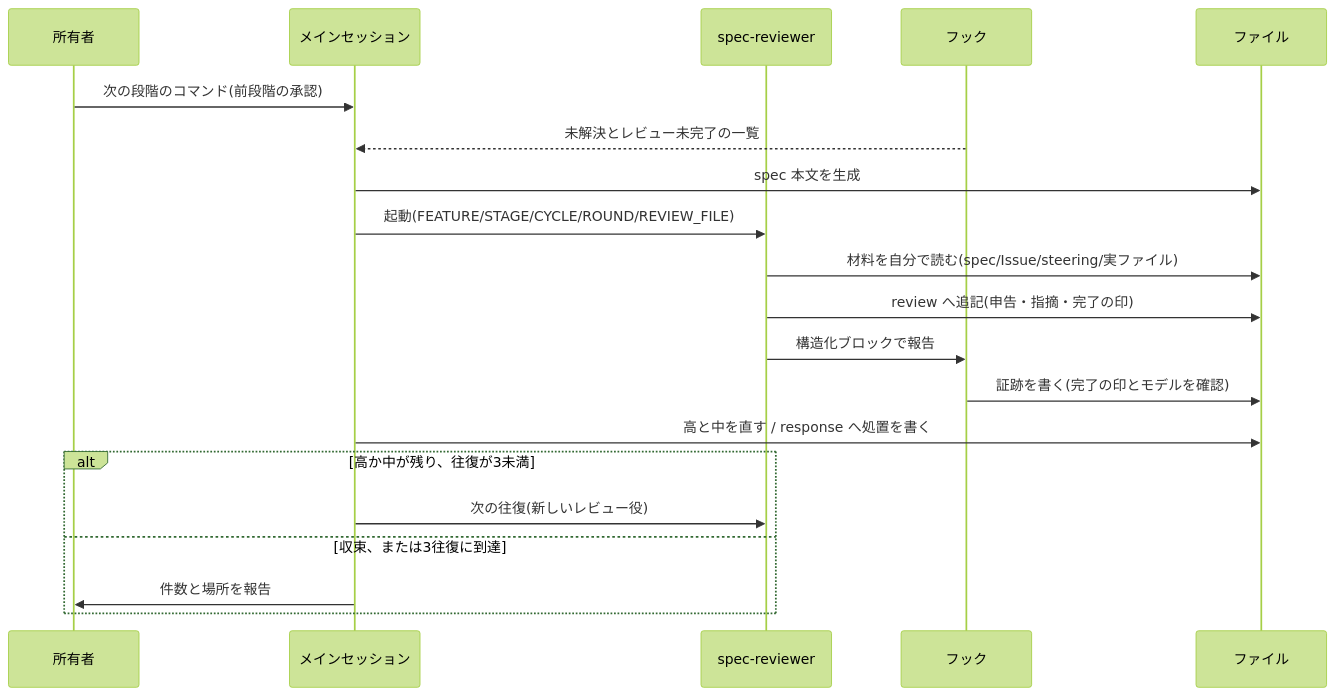
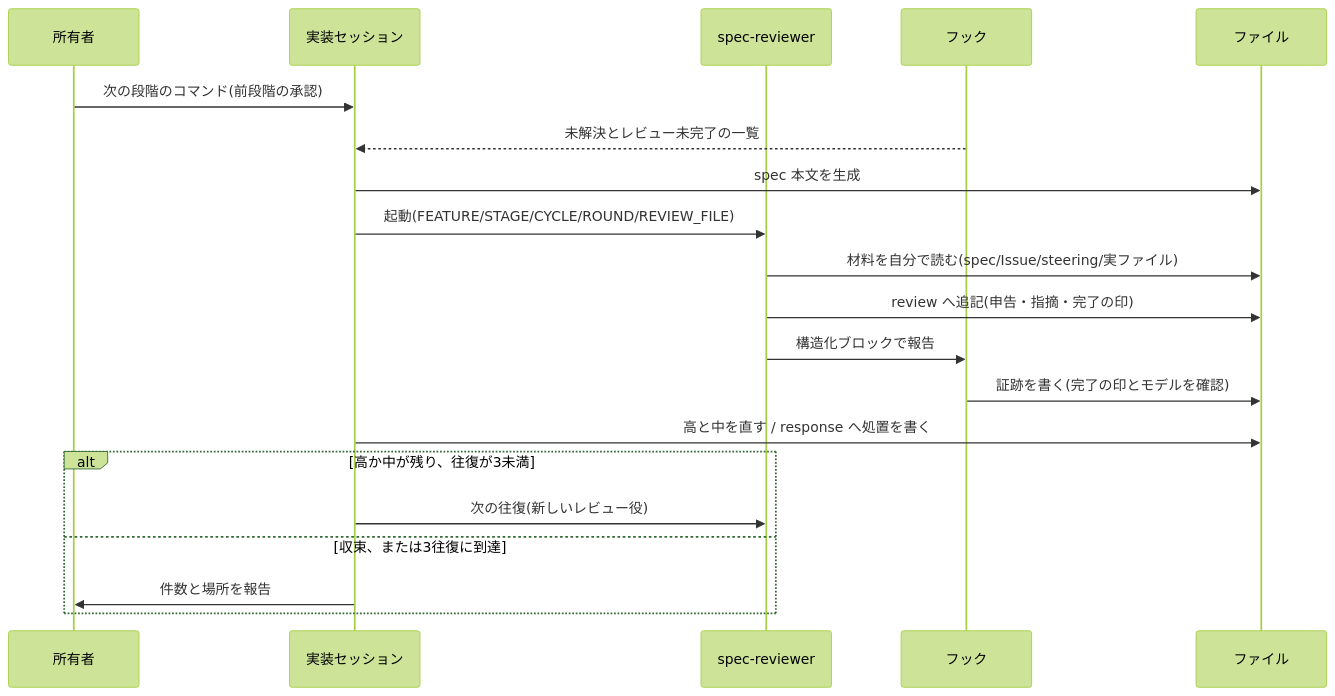
The second of 5 diagrams in .kiro/specs/spec-review/design.md (DogisRiki/KeirekiPro), drawn with Mermaid (forest theme) before and after one commit. The commit also changed other lines of this file and 13 other files, not shown here.

````diff
--- a/.kiro/specs/spec-review/design.md
+++ b/.kiro/specs/spec-review/design.md
@@ -193,23 +228,23 @@
 ```mermaid
 sequenceDiagram
     participant O as 所有者
-    participant M as メインセッション
+    participant M as 実装セッション
     participant R as spec-reviewer
     participant H as フック
     participant F as ファイル
 
     O->>M: 次の段階のコマンド(前段階の承認)
     H-->>M: 未解決とレビュー未完了の一覧
     M->>F: spec 本文を生成
     M->>R: 起動(FEATURE/STAGE/CYCLE/ROUND/REVIEW_FILE)
     R->>F: 材料を自分で読む(spec/Issue/steering/実ファイル)
     R->>F: review へ追記(申告・指摘・完了の印)
     R->>H: 構造化ブロックで報告
     H->>F: 証跡を書く(完了の印とモデルを確認)
     M->>F: 高と中を直す / response へ処置を書く
     alt 高か中が残り、往復が3未満
         M->>R: 次の往復(新しいレビュー役)
     else 収束、または3往復に到達
         M->>O: 件数と場所を報告
     end
 ```
````
